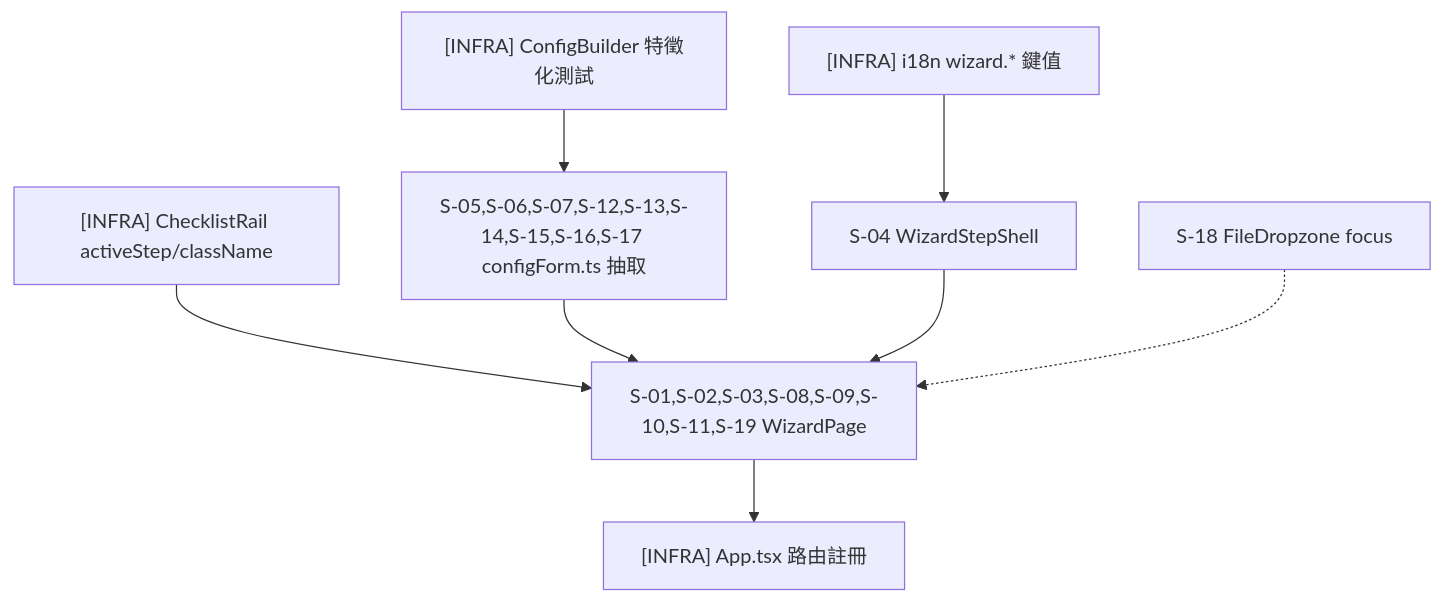
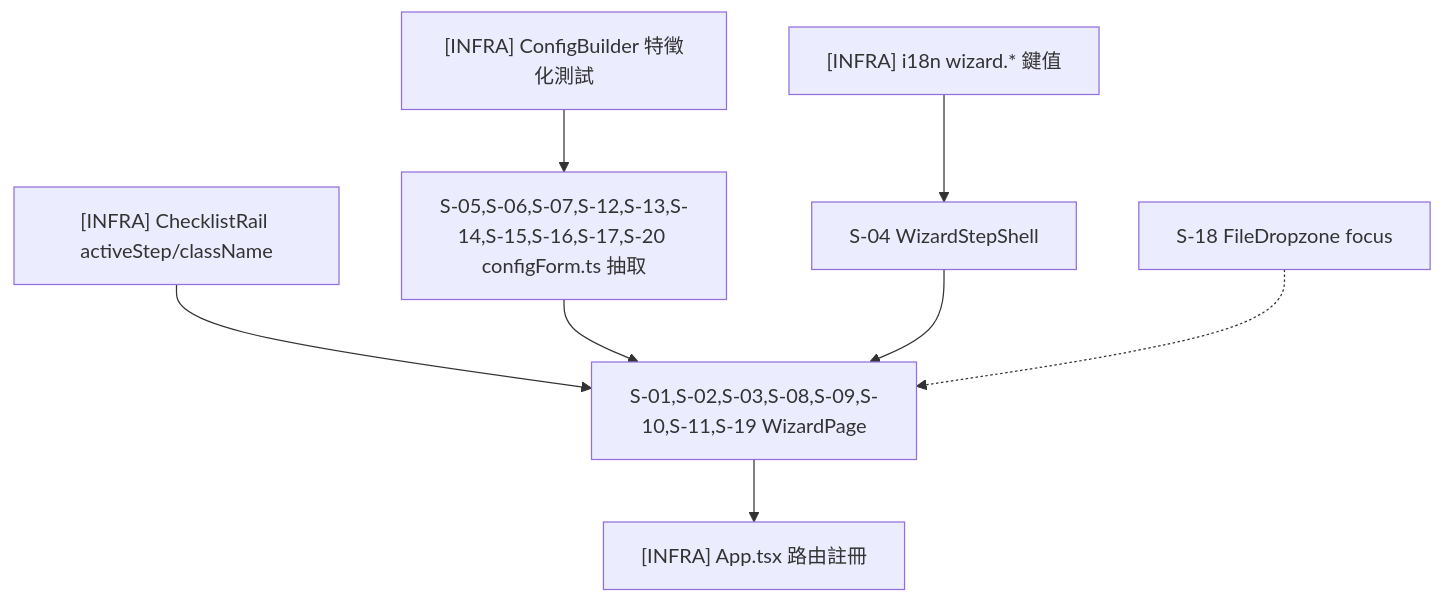
One commit to twjohnwu/excelTemplateParser changed the diagram in STDD/create-project-wizard/tasks.md. Above: the diagram before and after it, drawn with Mermaid. The commit also changed other lines of this file and 3 other files, not shown here.

````diff
--- a/STDD/create-project-wizard/tasks.md
+++ b/STDD/create-project-wizard/tasks.md
@@ -403,10 +424,10 @@
 ```mermaid
 flowchart TD
   I1["[INFRA] i18n wizard.* 鍵值"] --> T3["S-04 WizardStepShell"]
   I2["[INFRA] ChecklistRail activeStep/className"] --> T6
   I4["[INFRA] ConfigBuilder 特徵化測試"] --> T2
-  T2["S-05,S-06,S-07,S-12,S-13,S-14,S-15,S-16,S-17 configForm.ts 抽取"] --> T6
+  T2["S-05,S-06,S-07,S-12,S-13,S-14,S-15,S-16,S-17,S-20 configForm.ts 抽取"] --> T6
   T3 --> T6["S-01,S-02,S-03,S-08,S-09,S-10,S-11,S-19 WizardPage"]
   T4["S-18 FileDropzone focus"] -.-> T6
   T6 --> I3["[INFRA] App.tsx 路由註冊"]
 ```
````
